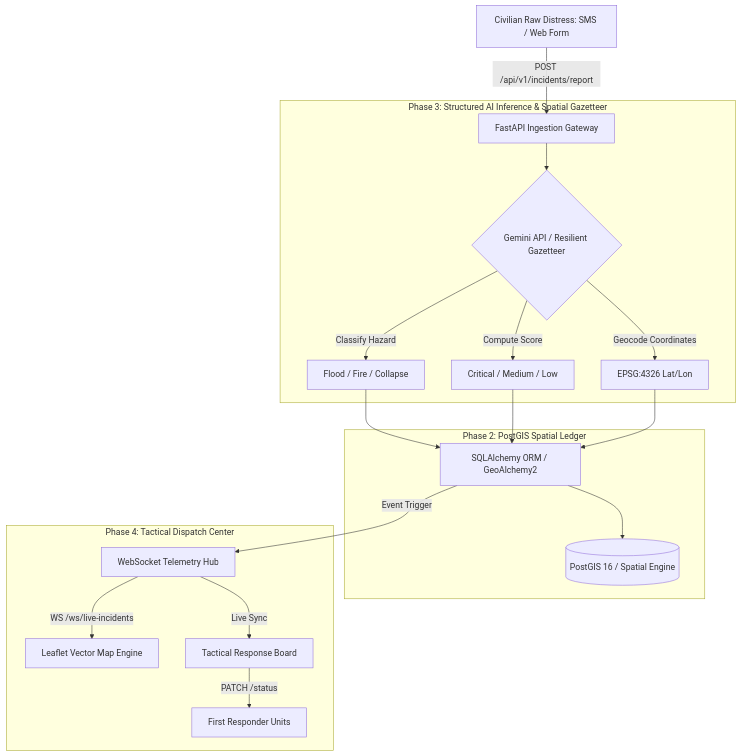
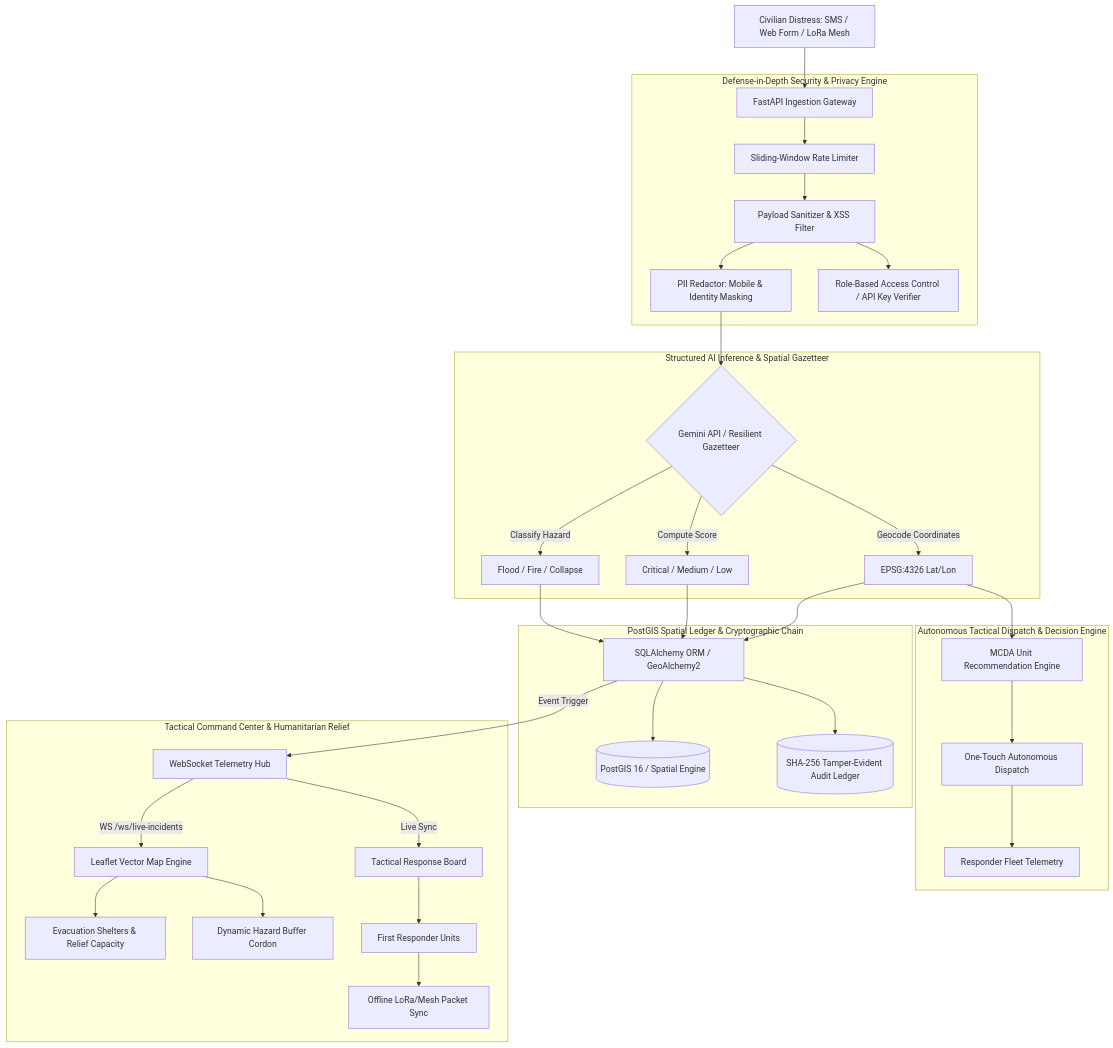
The diagram in README.md (tmlnaliaka/u-sha-jua), drawn with Mermaid before and after one commit. The commit also changed other lines of this file and 24 other files, not shown here.

Commit message:
feat(security-tactical): add RBAC security, rate limiting, PII redactor, AI auto-dispatch, evacuation shelters, dynamic hazard perimeter, SHA-256 audit ledger, and offline mesh sync

````diff
--- a/README.md
+++ b/README.md
@@ -15,27 +17,43 @@
 ```mermaid
 flowchart TD
-    Civilian[Civilian Raw Distress: SMS / Web Form] -->|POST /api/v1/incidents/report| Ingest[FastAPI Ingestion Gateway]
+    Civilian[Civilian Distress: SMS / Web Form / LoRa Mesh] --> Ingest[FastAPI Ingestion Gateway]
     
-    subgraph AI["Phase 3: Structured AI Inference & Spatial Gazetteer"]
-        Ingest --> NLP{Gemini API / Resilient Gazetteer}
+    subgraph Security["Defense-in-Depth Security & Privacy Engine"]
+        Ingest --> RateLimiter[Sliding-Window Rate Limiter]
+        RateLimiter --> InputSanitizer[Payload Sanitizer & XSS Filter]
+        InputSanitizer --> PIIMask[PII Redactor: Mobile & Identity Masking]
+        InputSanitizer --> RBAC[Role-Based Access Control / API Key Verifier]
+    end
+
+    subgraph AI["Structured AI Inference & Spatial Gazetteer"]
+        PIIMask --> NLP{Gemini API / Resilient Gazetteer}
         NLP -->|Classify Hazard| Hazard[Flood / Fire / Collapse]
         NLP -->|Compute Score| Urgency[Critical / Medium / Low]
         NLP -->|Geocode Coordinates| Coords[EPSG:4326 Lat/Lon]
     end
 
-    Hazard --> Persist
-    Urgency --> Persist
-    Coords --> Persist
+    subgraph Dispatch["Autonomous Tactical Dispatch & Decision Engine"]
+        Coords --> MCDA[MCDA Unit Recommendation Engine]
+        MCDA --> AutoDispatch[One-Touch Autonomous Dispatch]
+        AutoDispatch --> Fleet[Responder Fleet Telemetry]
+    end
 
-    subgraph Data["Phase 2: PostGIS Spatial Ledger"]
-        Persist[SQLAlchemy ORM / GeoAlchemy2] --> DB[(PostGIS 16 / Spatial Engine)]
+    subgraph Data["PostGIS Spatial Ledger & Cryptographic Chain"]
+        Hazard --> Persist[SQLAlchemy ORM / GeoAlchemy2]
+        Urgency --> Persist
+        Coords --> Persist
+        Persist --> DB[(PostGIS 16 / Spatial Engine)]
+        Persist --> AuditLedger[(SHA-256 Tamper-Evident Audit Ledger)]
     end
 
     Persist -->|Event Trigger| WSManager[WebSocket Telemetry Hub]
 
-    subgraph Operations["Phase 4: Tactical Dispatch Center"]
+    subgraph Operations["Tactical Command Center & Humanitarian Relief"]
         WSManager -->|WS /ws/live-incidents| DispatchMap[Leaflet Vector Map Engine]
+        DispatchMap --> Shelters[Evacuation Shelters & Relief Capacity]
+        DispatchMap --> HazardZone[Dynamic Hazard Buffer Cordon]
         WSManager -->|Live Sync| DispatchBoard[Tactical Response Board]
-        DispatchBoard -->|PATCH /status| DispatchedUnits[First Responder Units]
+        DispatchBoard --> DispatchedUnits[First Responder Units]
+        DispatchedUnits --> MeshSync[Offline LoRa/Mesh Packet Sync]
     end
 ```
````
